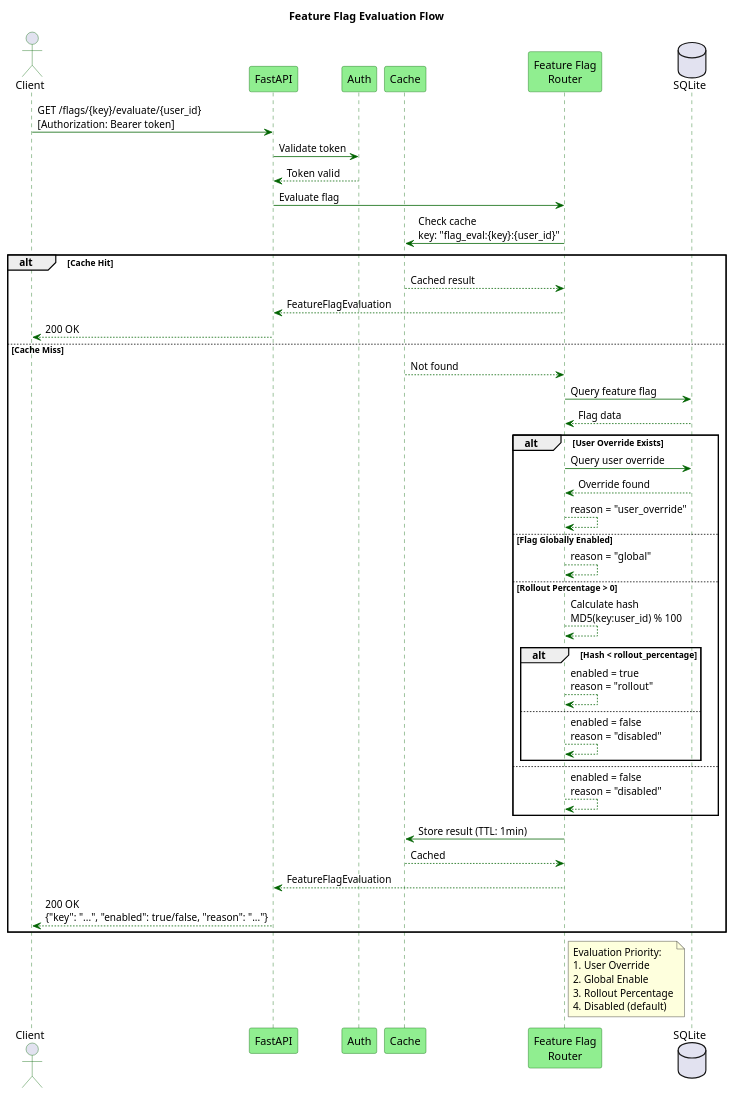
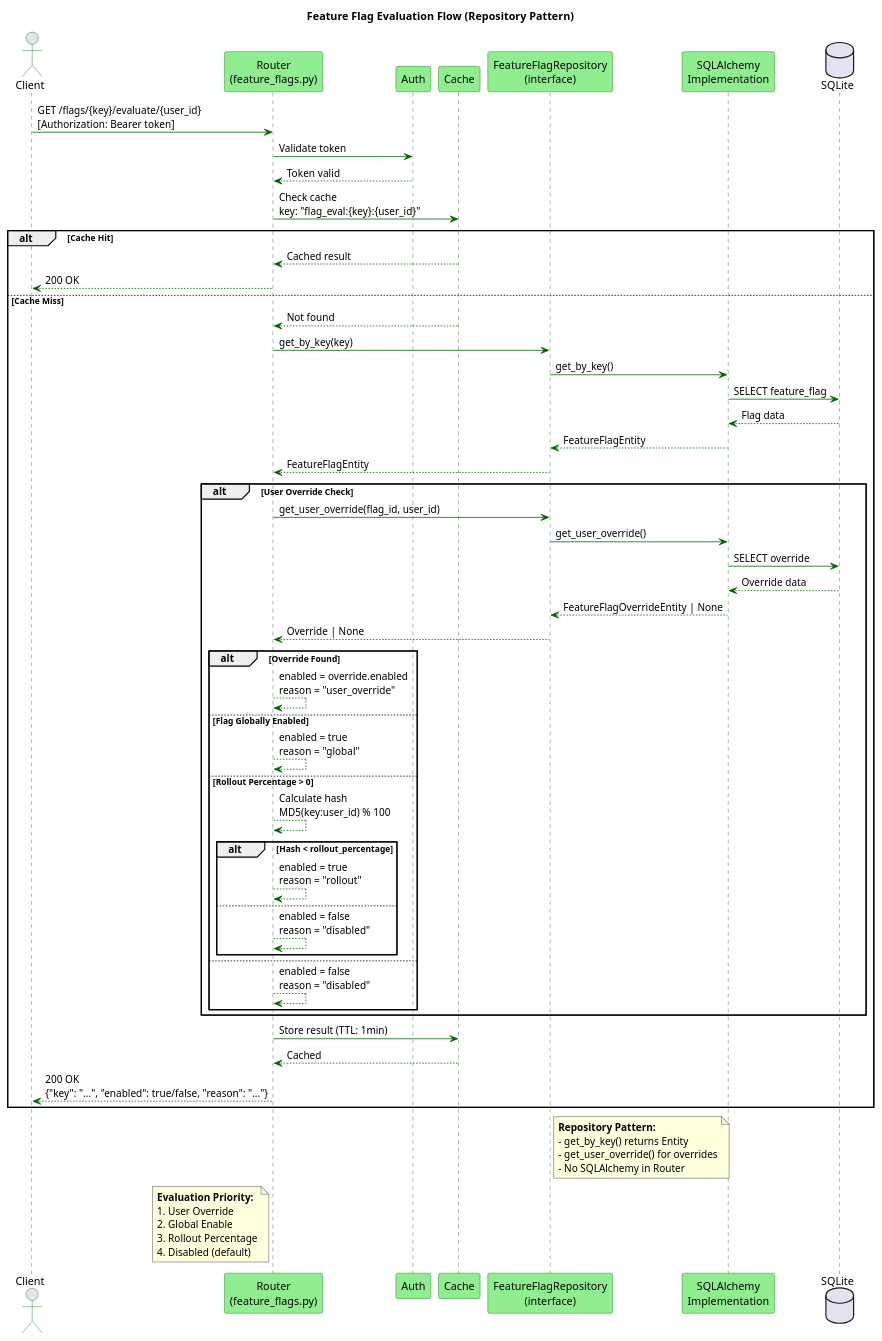
One commit to huangyingw/neonblue_ab_testing_api changed the diagram in docs/diagrams/feature-flag-sequence.puml. Above: the diagram before and after it, drawn with PlantUML. The commit also changed 3 other files, not shown here.

First line of the commit message:
Update PlantUML diagrams for Repository pattern

```diff
--- a/docs/diagrams/feature-flag-sequence.puml
+++ b/docs/diagrams/feature-flag-sequence.puml
@@ -1,75 +1,91 @@
 @startuml Feature Flag Evaluation
 
 skinparam backgroundColor white
 skinparam sequence {
     ArrowColor DarkGreen
     ActorBorderColor DarkGreen
     LifeLineBorderColor DarkGreen
     ParticipantBackgroundColor LightGreen
     ParticipantBorderColor DarkGreen
 }
 
-title Feature Flag Evaluation Flow
+title Feature Flag Evaluation Flow (Repository Pattern)
 
 actor Client
-participant "FastAPI" as API
+participant "Router\n(feature_flags.py)" as Router
 participant "Auth" as Auth
 participant "Cache" as Cache
-participant "Feature Flag\nRouter" as Router
+participant "FeatureFlagRepository\n(interface)" as Repo
+participant "SQLAlchemy\nImplementation" as Impl
 database "SQLite" as DB
 
-Client -> API : GET /flags/{key}/evaluate/{user_id}\n[Authorization: Bearer token]
-API -> Auth : Validate token
-Auth --> API : Token valid
+Client -> Router : GET /flags/{key}/evaluate/{user_id}\n[Authorization: Bearer token]
+Router -> Auth : Validate token
+Auth --> Router : Token valid
 
-API -> Router : Evaluate flag
 Router -> Cache : Check cache\nkey: "flag_eval:{key}:{user_id}"
 
 alt Cache Hit
     Cache --> Router : Cached result
-    Router --> API : FeatureFlagEvaluation
-    API --> Client : 200 OK
+    Router --> Client : 200 OK
 
 else Cache Miss
     Cache --> Router : Not found
 
-    Router -> DB : Query feature flag
-    DB --> Router : Flag data
+    Router -> Repo : get_by_key(key)
+    Repo -> Impl : get_by_key()
+    Impl -> DB : SELECT feature_flag
+    DB --> Impl : Flag data
+    Impl --> Repo : FeatureFlagEntity
+    Repo --> Router : FeatureFlagEntity
 
-    alt User Override Exists
-        Router -> DB : Query user override
-        DB --> Router : Override found
-        Router --> Router : reason = "user_override"
+    alt User Override Check
+        Router -> Repo : get_user_override(flag_id, user_id)
+        Repo -> Impl : get_user_override()
+        Impl -> DB : SELECT override
+        DB --> Impl : Override data
+        Impl --> Repo : FeatureFlagOverrideEntity | None
+        Repo --> Router : Override | None
 
-    else Flag Globally Enabled
-        Router --> Router : reason = "global"
+        alt Override Found
+            Router --> Router : enabled = override.enabled\nreason = "user_override"
 
-    else Rollout Percentage > 0
-        Router --> Router : Calculate hash\nMD5(key:user_id) % 100
+        else Flag Globally Enabled
+            Router --> Router : enabled = true\nreason = "global"
 
-        alt Hash < rollout_percentage
-            Router --> Router : enabled = true\nreason = "rollout"
+        else Rollout Percentage > 0
+            Router --> Router : Calculate hash\nMD5(key:user_id) % 100
+
+            alt Hash < rollout_percentage
+                Router --> Router : enabled = true\nreason = "rollout"
+            else
+                Router --> Router : enabled = false\nreason = "disabled"
+            end
+
         else
             Router --> Router : enabled = false\nreason = "disabled"
         end
-
-    else
-        Router --> Router : enabled = false\nreason = "disabled"
     end
 
     Router -> Cache : Store result (TTL: 1min)
     Cache --> Router : Cached
 
-    Router --> API : FeatureFlagEvaluation
-    API --> Client : 200 OK\n{"key": "...", "enabled": true/false, "reason": "..."}
+    Router --> Client : 200 OK\n{"key": "...", "enabled": true/false, "reason": "..."}
 end
 
-note right of Router
-  Evaluation Priority:
+note right of Repo
+  **Repository Pattern:**
+  - get_by_key() returns Entity
+  - get_user_override() for overrides
+  - No SQLAlchemy in Router
+end note
+
+note left of Router
+  **Evaluation Priority:**
   1. User Override
   2. Global Enable
   3. Rollout Percentage
   4. Disabled (default)
 end note
 
 @enduml
```
